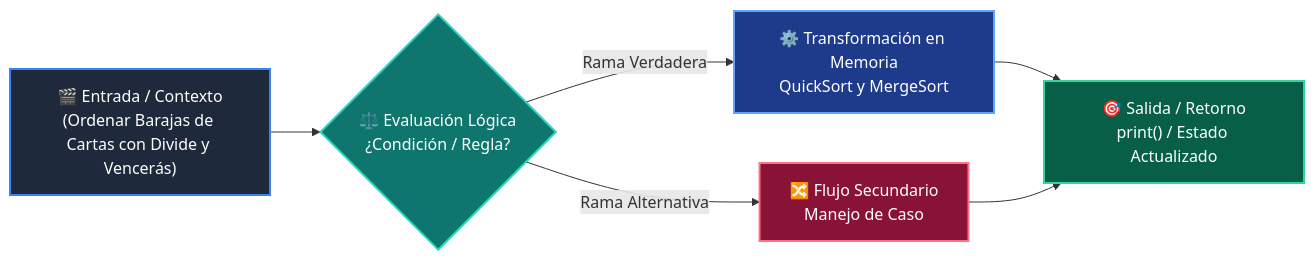
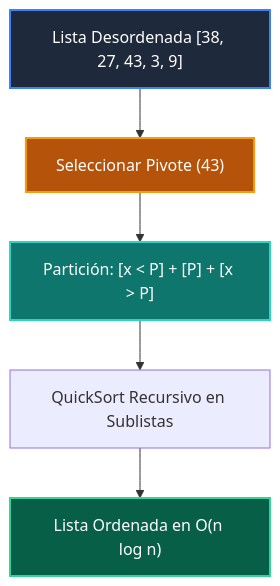
The diagram in 02-algoritmos-estructuras/clase-05-algoritmos-ordenamiento/README.md (wisrovi/wisrovi-python), drawn with Mermaid before and after one commit. The commit also changed other lines of this file and 271 other files, not shown here.

Commit message:
docs: rewrite all README.md files with bespoke topic-specific Mermaid diagrams and remove repetitive boilerplate

````diff
--- a/02-algoritmos-estructuras/clase-05-algoritmos-ordenamiento/README.md
+++ b/02-algoritmos-estructuras/clase-05-algoritmos-ordenamiento/README.md
@@ -35,14 +12,12 @@
 ```mermaid
-flowchart LR
-    A["🎬 Entrada / Contexto<br/>(Ordenar Barajas de Cartas con Divide y Vencerás)"] --> B{"⚖️ Evaluación Lógica<br/>¿Condición / Regla?"}
-    B -->|Rama Verdadera| C["⚙️ Transformación en Memoria<br/>QuickSort y MergeSort"]
-    B -->|Rama Alternativa| D["🔀 Flujo Secundario<br/>Manejo de Caso"]
-    C --> E["🎯 Salida / Retorno<br/>print() / Estado Actualizado"]
-    D --> E
+flowchart TD
+    L["Lista Desordenada [38, 27, 43, 3, 9]"] --> PIV["Seleccionar Pivote (43)"]
+    PIV --> PART["Partición: [x < P] + [P] + [x > P]"]
+    PART --> REC["QuickSort Recursivo en Sublistas"]
+    REC --> SORTED["Lista Ordenada en O(n log n)"]
 
-    style A fill:#1e293b,color:#ffffff,stroke:#3b82f6,stroke-width:2px
-    style B fill:#0f766e,color:#ffffff,stroke:#2dd4bf,stroke-width:2px
-    style C fill:#1e3a8a,color:#ffffff,stroke:#60a5fa,stroke-width:2px
-    style D fill:#881337,color:#ffffff,stroke:#fb7185,stroke-width:2px
-    style E fill:#065f46,color:#ffffff,stroke:#34d399,stroke-width:2px
+    style L fill:#1e293b,color:#fff,stroke:#3b82f6,stroke-width:2px
+    style PIV fill:#b45309,color:#fff,stroke:#f59e0b,stroke-width:2px
+    style PART fill:#0f766e,color:#fff,stroke:#2dd4bf,stroke-width:2px
+    style SORTED fill:#065f46,color:#fff,stroke:#34d399,stroke-width:2px
 ```
````
